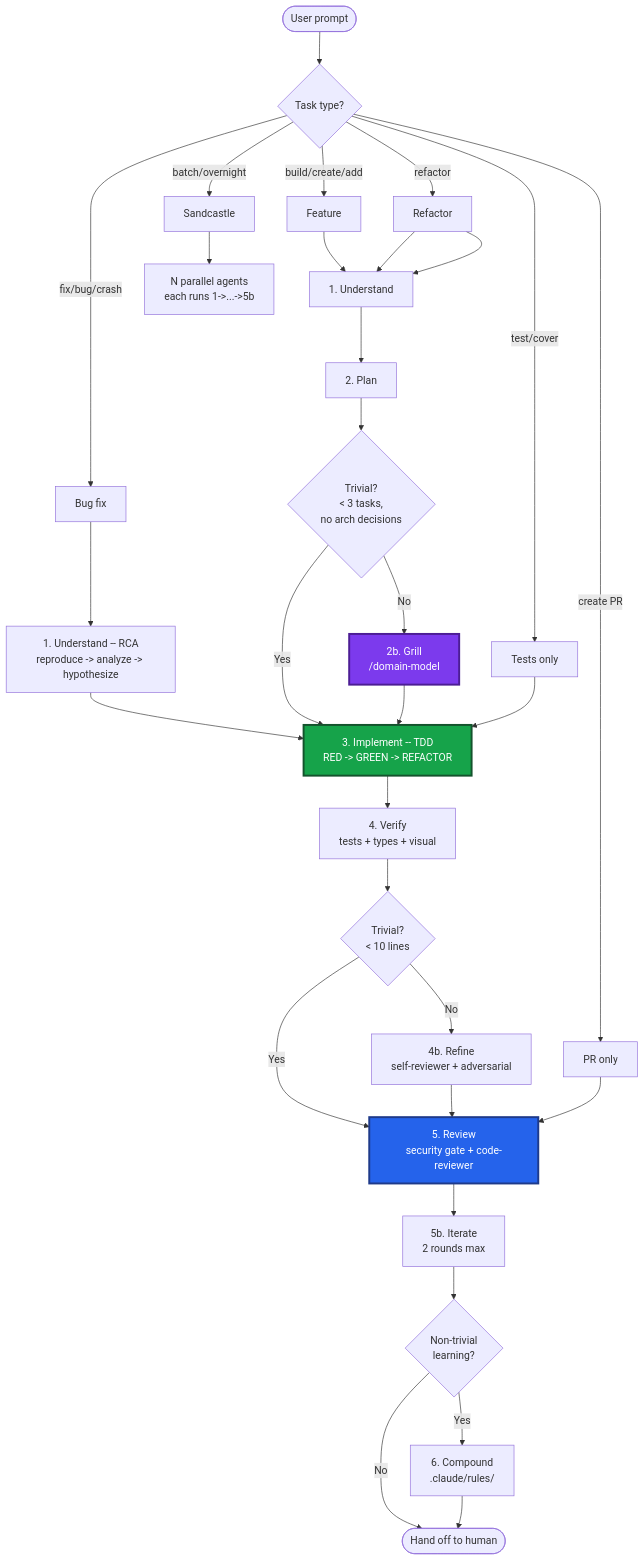
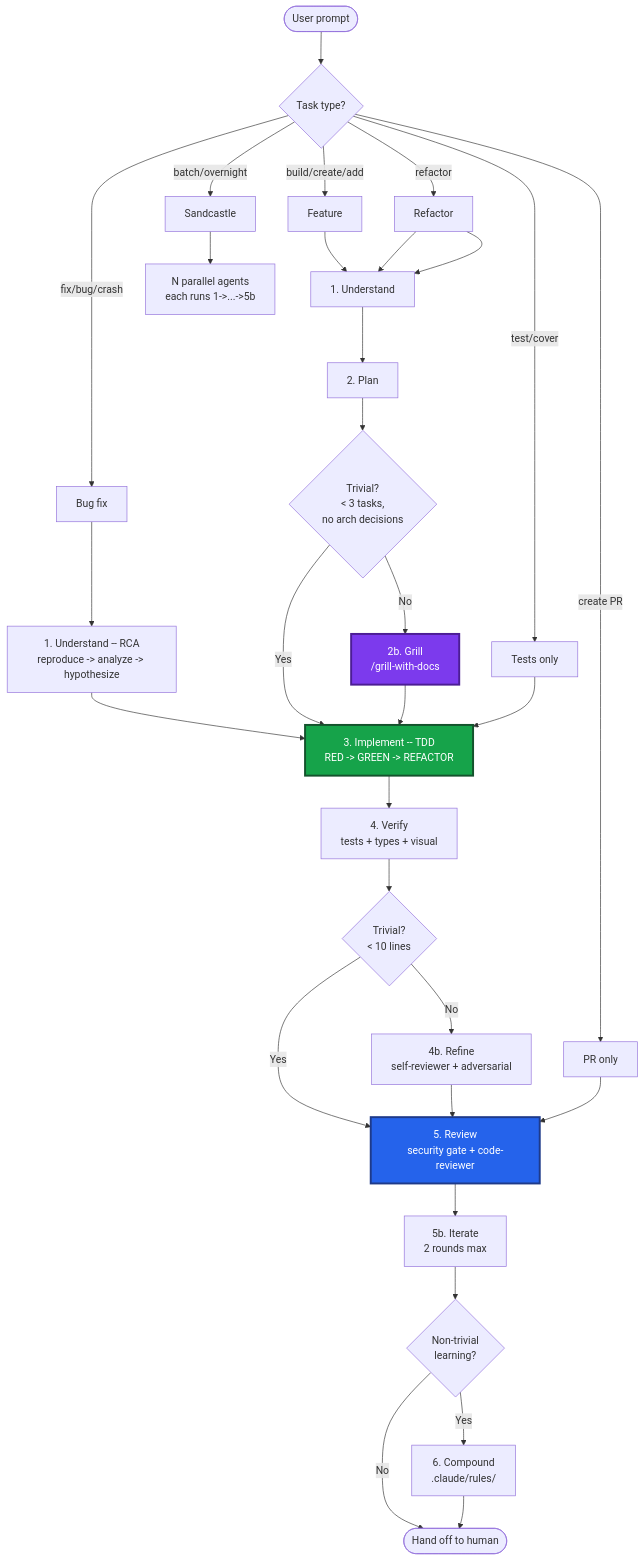
Before and after one commit to malinskibeniamin/skills: the first of 2 diagrams in development-lifecycle/REFERENCE.md, drawn with Mermaid. The commit also changed other lines of this file and 13 other files, not shown here.

````diff
--- a/development-lifecycle/REFERENCE.md
+++ b/development-lifecycle/REFERENCE.md
@@ -5,48 +5,48 @@
 ```mermaid
 flowchart TD
     Start([User prompt]) --> Detect{Task type?}
 
     Detect -->|"build/create/add"| Feature[Feature]
     Detect -->|"fix/bug/crash"| Bug[Bug fix]
     Detect -->|"refactor"| Refactor[Refactor]
     Detect -->|"test/cover"| TestOnly[Tests only]
     Detect -->|"create PR"| PROnly[PR only]
     Detect -->|"batch/overnight"| Sandbox[Sandcastle]
 
     Feature --> P1[1. Understand]
     Bug --> P1_RCA[1. Understand -- RCA<br/>reproduce -> analyze -> hypothesize]
     Refactor --> P1
 
     P1 --> P2[2. Plan]
     P1_RCA --> P3
 
     P2 --> Trivial{Trivial?<br/>< 3 tasks,<br/>no arch decisions}
-    Trivial -->|No| Grill[2b. Grill<br/>/domain-model]
+    Trivial -->|No| Grill[2b. Grill<br/>/grill-with-docs]
     Trivial -->|Yes| P3
     Grill --> P3
 
     TestOnly --> P3
     P3[3. Implement -- TDD<br/>RED -> GREEN -> REFACTOR]
 
     P3 --> P4[4. Verify<br/>tests + types + visual]
     P4 --> SmallDiff{Trivial?<br/>< 10 lines}
     SmallDiff -->|No| P4b[4b. Refine<br/>self-reviewer + adversarial]
     SmallDiff -->|Yes| P5
     P4b --> P5
 
     PROnly --> P5
     Refactor --> P1
 
     P5[5. Review<br/>security gate + code-reviewer]
     P5 --> P5b[5b. Iterate<br/>2 rounds max]
     P5b --> Learn{Non-trivial<br/>learning?}
     Learn -->|Yes| P6[6. Compound<br/>.claude/rules/]
     Learn -->|No| Done([Hand off to human])
     P6 --> Done
 
     Sandbox --> Parallel[N parallel agents<br/>each runs 1->...->5b]
 
     style P3 fill:#16a34a,stroke:#14532d,stroke-width:3px,color:#fff
     style Grill fill:#7c3aed,stroke:#4c1d95,stroke-width:3px,color:#fff
     style P5 fill:#2563eb,stroke:#1e3a8a,stroke-width:3px,color:#fff
 ```
````
